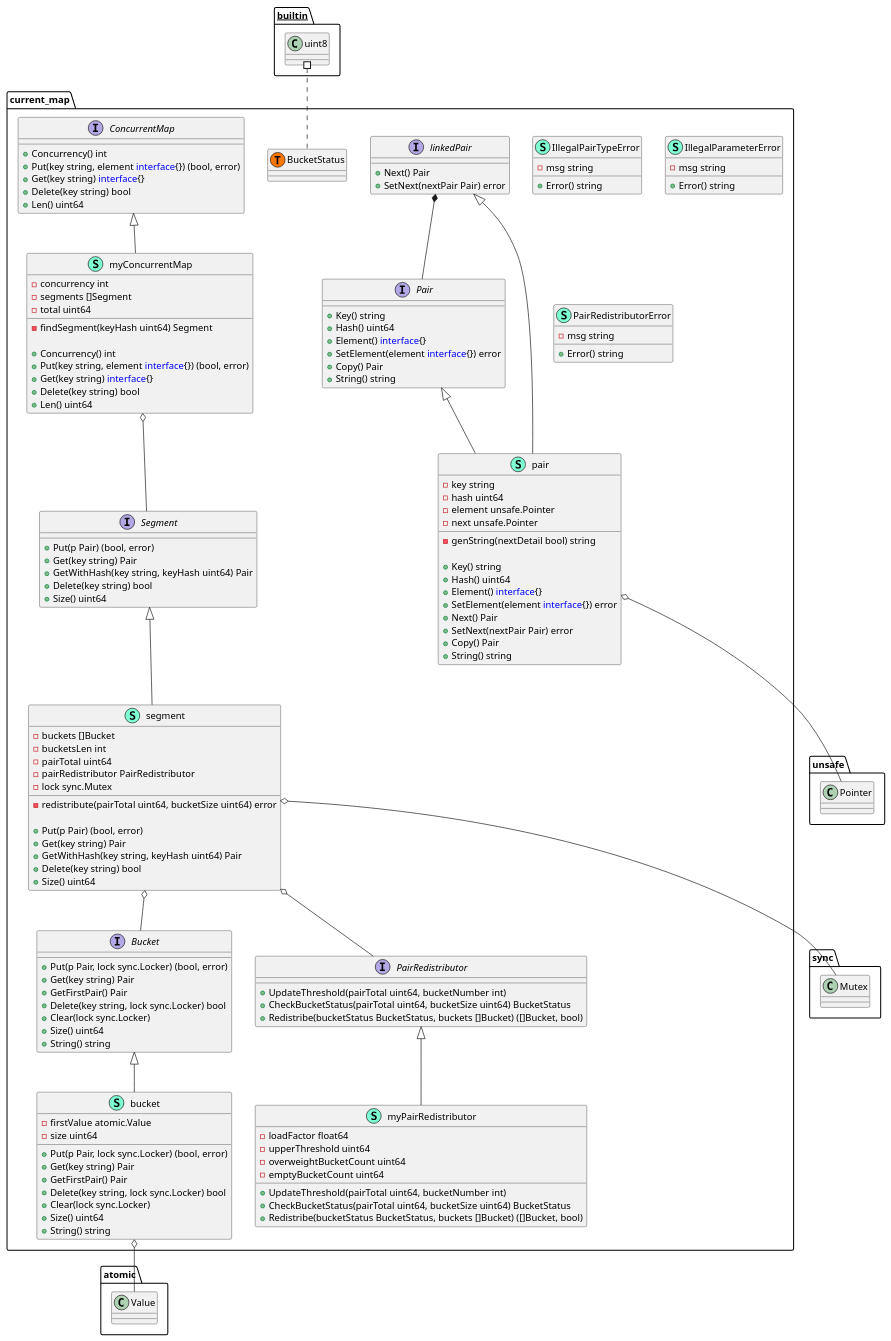
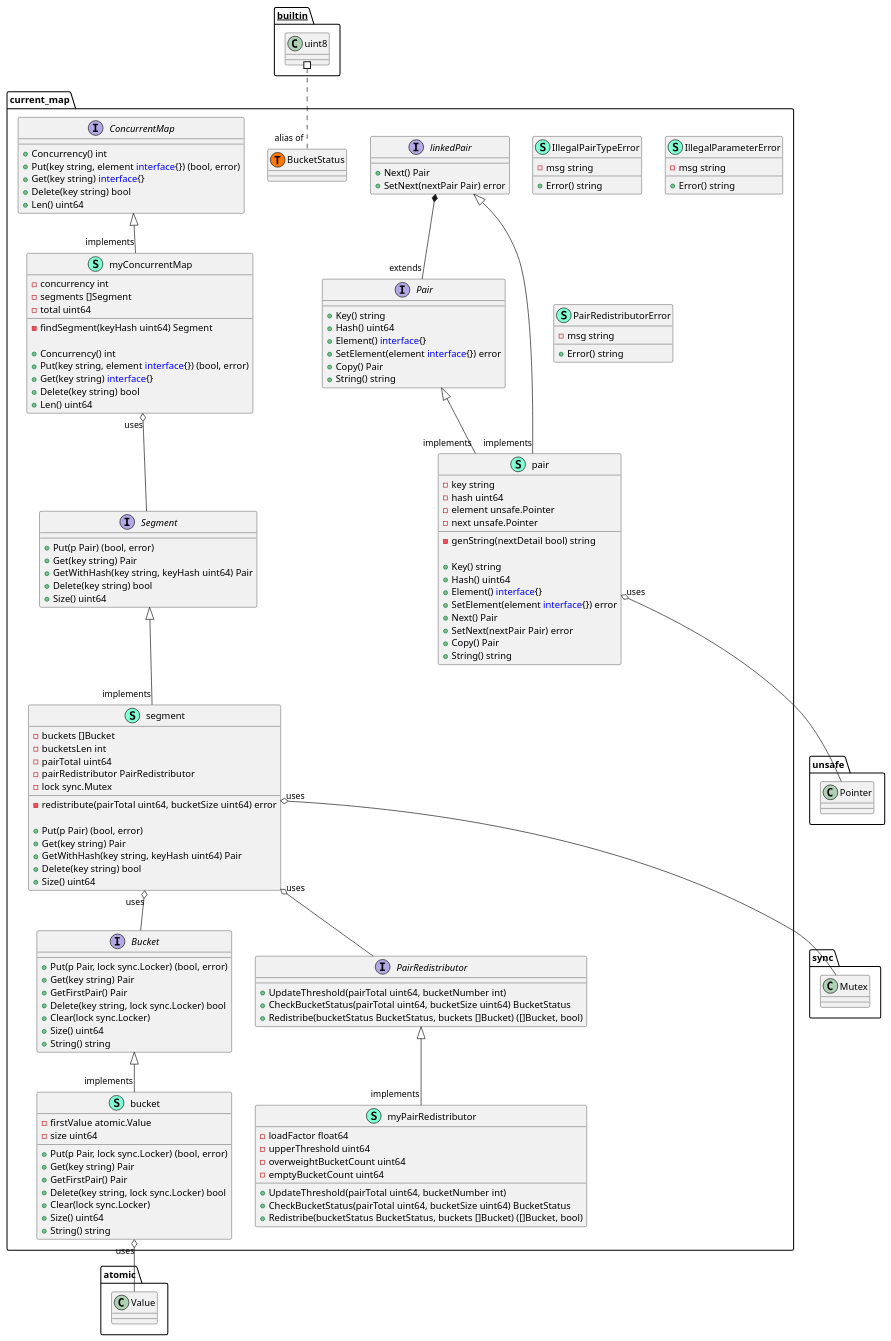
The diagram in concurrency/current_map/concurrent_map.puml (cbweixin/leetcode-go), drawn with PlantUML before and after one commit.

```diff
--- a/concurrency/current_map/concurrent_map.puml
+++ b/concurrency/current_map/concurrent_map.puml
@@ -1,159 +1,159 @@
 @startuml
 namespace current_map {
     interface Bucket  {
         + Put(p Pair, lock sync.Locker) (bool, error)
         + Get(key string) Pair
         + GetFirstPair() Pair
         + Delete(key string, lock sync.Locker) bool
         + Clear(lock sync.Locker) 
         + Size() uint64
         + String() string
 
     }
     interface ConcurrentMap  {
         + Concurrency() int
         + Put(key string, element <font color=blue>interface</font>{}) (bool, error)
         + Get(key string) <font color=blue>interface</font>{}
         + Delete(key string) bool
         + Len() uint64
 
     }
     class IllegalPairTypeError << (S,Aquamarine) >> {
         - msg string
 
         + Error() string
 
     }
     class IllegalParameterError << (S,Aquamarine) >> {
         - msg string
 
         + Error() string
 
     }
     interface Pair  {
         + Key() string
         + Hash() uint64
         + Element() <font color=blue>interface</font>{}
         + SetElement(element <font color=blue>interface</font>{}) error
         + Copy() Pair
         + String() string
 
     }
     interface PairRedistributor  {
         + UpdateThreshold(pairTotal uint64, bucketNumber int) 
         + CheckBucketStatus(pairTotal uint64, bucketSize uint64) BucketStatus
         + Redistribe(bucketStatus BucketStatus, buckets []Bucket) ([]Bucket, bool)
 
     }
     class PairRedistributorError << (S,Aquamarine) >> {
         - msg string
 
         + Error() string
 
     }
     interface Segment  {
         + Put(p Pair) (bool, error)
         + Get(key string) Pair
         + GetWithHash(key string, keyHash uint64) Pair
         + Delete(key string) bool
         + Size() uint64
 
     }
     class bucket << (S,Aquamarine) >> {
         - firstValue atomic.Value
         - size uint64
 
         + Put(p Pair, lock sync.Locker) (bool, error)
         + Get(key string) Pair
         + GetFirstPair() Pair
         + Delete(key string, lock sync.Locker) bool
         + Clear(lock sync.Locker) 
         + Size() uint64
         + String() string
 
     }
     class current_map.BucketStatus << (T, #FF7700) >>  {
     }
     interface linkedPair  {
         + Next() Pair
         + SetNext(nextPair Pair) error
 
     }
     class myConcurrentMap << (S,Aquamarine) >> {
         - concurrency int
         - segments []Segment
         - total uint64
 
         - findSegment(keyHash uint64) Segment
 
         + Concurrency() int
         + Put(key string, element <font color=blue>interface</font>{}) (bool, error)
         + Get(key string) <font color=blue>interface</font>{}
         + Delete(key string) bool
         + Len() uint64
 
     }
     class myPairRedistributor << (S,Aquamarine) >> {
         - loadFactor float64
         - upperThreshold uint64
         - overweightBucketCount uint64
         - emptyBucketCount uint64
 
         + UpdateThreshold(pairTotal uint64, bucketNumber int) 
         + CheckBucketStatus(pairTotal uint64, bucketSize uint64) BucketStatus
         + Redistribe(bucketStatus BucketStatus, buckets []Bucket) ([]Bucket, bool)
 
     }
     class pair << (S,Aquamarine) >> {
         - key string
         - hash uint64
         - element unsafe.Pointer
         - next unsafe.Pointer
 
         - genString(nextDetail bool) string
 
         + Key() string
         + Hash() uint64
         + Element() <font color=blue>interface</font>{}
         + SetElement(element <font color=blue>interface</font>{}) error
         + Next() Pair
         + SetNext(nextPair Pair) error
         + Copy() Pair
         + String() string
 
     }
     class segment << (S,Aquamarine) >> {
         - buckets []Bucket
         - bucketsLen int
         - pairTotal uint64
         - pairRedistributor PairRedistributor
         - lock sync.Mutex
 
         - redistribute(pairTotal uint64, bucketSize uint64) error
 
         + Put(p Pair) (bool, error)
         + Get(key string) Pair
         + GetWithHash(key string, keyHash uint64) Pair
         + Delete(key string) bool
         + Size() uint64
 
     }
 }
-"current_map.linkedPair" *-- "current_map.Pair"
+"current_map.linkedPair" *-- "extends""current_map.Pair"
 
-"current_map.Bucket" <|-- "current_map.bucket"
-"current_map.ConcurrentMap" <|-- "current_map.myConcurrentMap"
-"current_map.PairRedistributor" <|-- "current_map.myPairRedistributor"
-"current_map.Pair" <|-- "current_map.pair"
-"current_map.linkedPair" <|-- "current_map.pair"
-"current_map.Segment" <|-- "current_map.segment"
+"current_map.Bucket" <|-- "implements""current_map.bucket"
+"current_map.ConcurrentMap" <|-- "implements""current_map.myConcurrentMap"
+"current_map.PairRedistributor" <|-- "implements""current_map.myPairRedistributor"
+"current_map.Pair" <|-- "implements""current_map.pair"
+"current_map.linkedPair" <|-- "implements""current_map.pair"
+"current_map.Segment" <|-- "implements""current_map.segment"
 
-"current_map.bucket" o-- "atomic.Value"
-"current_map.myConcurrentMap" o-- "current_map.Segment"
-"current_map.pair" o-- "unsafe.Pointer"
-"current_map.segment" o-- "current_map.Bucket"
-"current_map.segment" o-- "current_map.PairRedistributor"
-"current_map.segment" o-- "sync.Mutex"
+"current_map.bucket""uses" o-- "atomic.Value"
+"current_map.myConcurrentMap""uses" o-- "current_map.Segment"
+"current_map.pair""uses" o-- "unsafe.Pointer"
+"current_map.segment""uses" o-- "current_map.Bucket"
+"current_map.segment""uses" o-- "current_map.PairRedistributor"
+"current_map.segment""uses" o-- "sync.Mutex"
 
-"__builtin__.uint8" #.. "current_map.BucketStatus"
+"__builtin__.uint8" #.. "alias of""current_map.BucketStatus"
 @enduml
```
